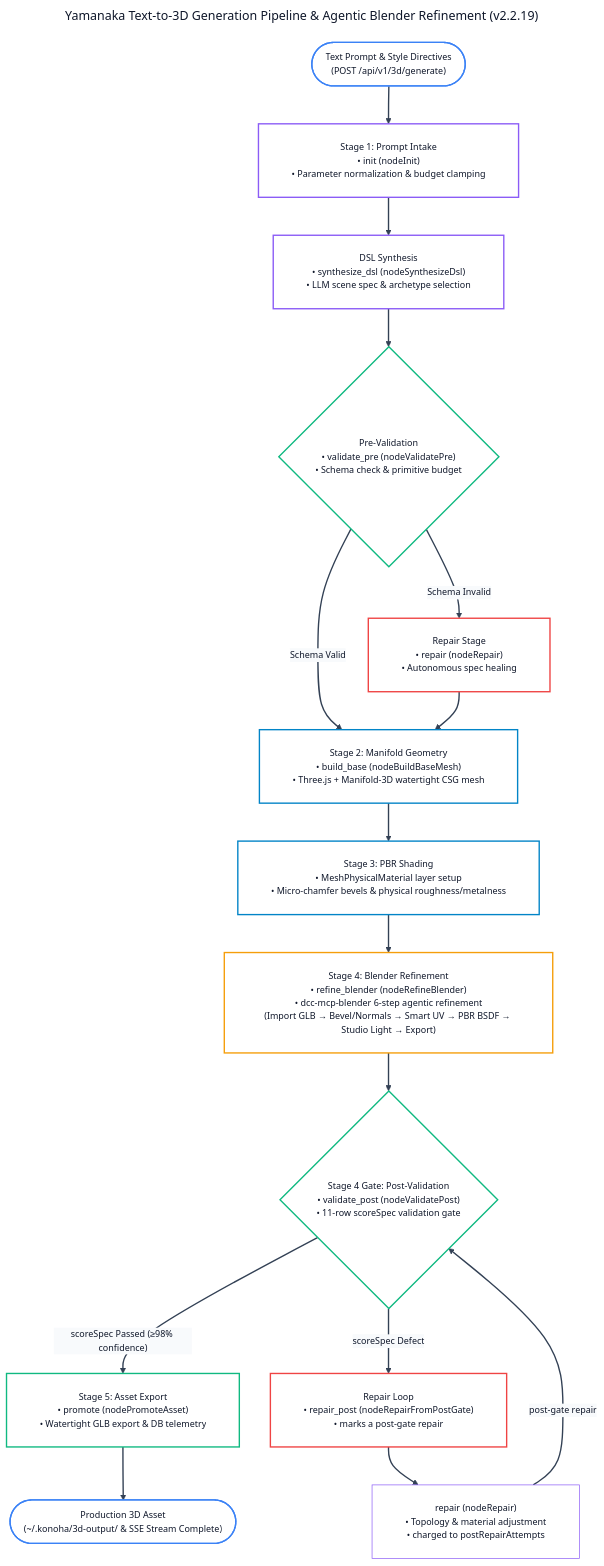
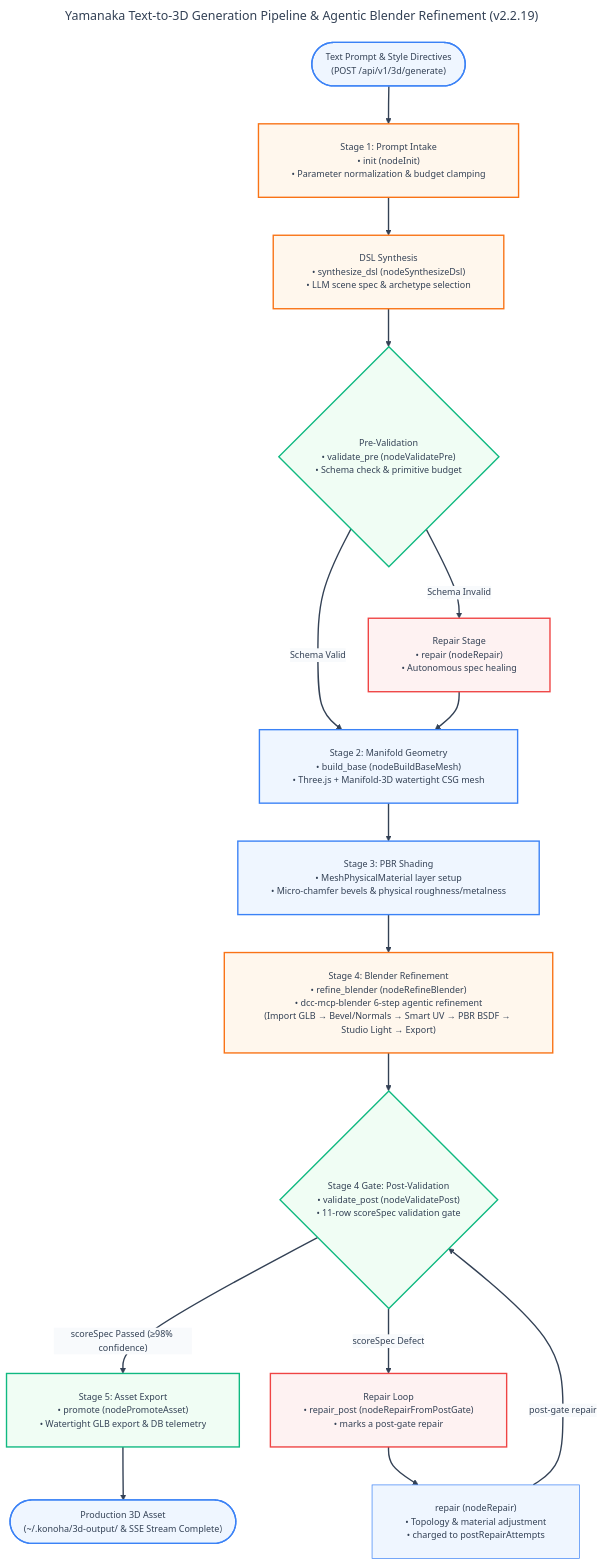
Before and after one commit to andycungkrinx91/konoha: diagram 18 of 19 in docs/ALL-WORKFLOW-DIAGRAMS.md, drawn with Mermaid. The commit also changed other lines of this file and 136 other files, not shown here.

````diff
--- a/docs/ALL-WORKFLOW-DIAGRAMS.md
+++ b/docs/ALL-WORKFLOW-DIAGRAMS.md
@@ -1268,65 +1268,65 @@
 ```mermaid
 ---
 title: Yamanaka Text-to-3D Generation Pipeline & Agentic Blender Refinement (v2.2.19)
 config:
   theme: base
   themeVariables:
     darkMode: false
-    background: "#ffffff"
-    mainBkg: "#ffffff"
-    primaryColor: "#ffffff"
-    primaryTextColor: "#0f172a"
-    primaryBorderColor: "#8b5cf6"
-    lineColor: "#334155"
-    arrowheadColor: "#334155"
-    secondaryColor: "#f8fafc"
-    tertiaryColor: "#ffffff"
-    fontFamily: "Inter, system-ui, -apple-system, sans-serif"
-    fontSize: "13px"
+    background: '#ffffff'
+    mainBkg: '#eff6ff'
+    primaryColor: '#eff6ff'
+    primaryTextColor: '#334155'
+    primaryBorderColor: '#3b82f6'
+    lineColor: '#334155'
+    arrowheadColor: '#334155'
+    secondaryColor: '#f8fafc'
+    tertiaryColor: '#f0fdf4'
+    fontFamily: 'Inter, system-ui, -apple-system, sans-serif'
+    fontSize: '13px'
   flowchart:
     nodeSpacing: 45
     rankSpacing: 55
     padding: 24
     wrappingWidth: 380
 ---
 flowchart TD
     PromptIn(["Text Prompt &amp; Style Directives<br/>(POST /api/v1/3d/generate)"]) --> InitNode["Stage 1: Prompt Intake<br/>• init (nodeInit)<br/>• Parameter normalization &amp; budget clamping"]
     
     InitNode --> SynthNode["DSL Synthesis<br/>• synthesize_dsl (nodeSynthesizeDsl)<br/>• LLM scene spec &amp; archetype selection"]
     
     SynthNode --> PreValNode{"Pre-Validation<br/>• validate_pre (nodeValidatePre)<br/>• Schema check &amp; primitive budget"}
     
     PreValNode -- "Schema Valid" --> BaseMeshNode["Stage 2: Manifold Geometry<br/>• build_base (nodeBuildBaseMesh)<br/>• Three.js + Manifold-3D watertight CSG mesh"]
     
     PreValNode -- "Schema Invalid" --> RepairPre["Repair Stage<br/>• repair (nodeRepair)<br/>• Autonomous spec healing"]
     RepairPre --> BaseMeshNode
     
     BaseMeshNode --> PbrNode["Stage 3: PBR Shading<br/>• MeshPhysicalMaterial layer setup<br/>• Micro-chamfer bevels &amp; physical roughness/metalness"]
     
     PbrNode --> BlenderNode["Stage 4: Blender Refinement<br/>• refine_blender (nodeRefineBlender)<br/>• dcc-mcp-blender 6-step agentic refinement<br/>(Import GLB → Bevel/Normals → Smart UV → PBR BSDF → Studio Light → Export)"]
     
     BlenderNode --> PostValNode{"Stage 4 Gate: Post-Validation<br/>• validate_post (nodeValidatePost)<br/>• 11-row scoreSpec validation gate"}
     
     PostValNode -- "scoreSpec Passed (≥98% confidence)" --> PromoteNode["Stage 5: Asset Export<br/>• promote (nodePromoteAsset)<br/>• Watertight GLB export &amp; DB telemetry"]
     
     PostValNode -- "scoreSpec Defect" --> RepairPost["Repair Loop<br/>• repair_post (nodeRepairFromPostGate)<br/>• marks a post-gate repair"]
     RepairPost --> RepairRepair["repair (nodeRepair)<br/>• Topology &amp; material adjustment<br/>• charged to postRepairAttempts"]
     RepairRepair -- "post-gate repair" --> PostValNode
     
     PromoteNode --> EndAsset(["Production 3D Asset<br/>(~/.konoha/3d-output/ &amp; SSE Stream Complete)"])
 
     linkStyle default stroke:#334155,stroke-width:2px;
-    classDef startEnd fill:#ffffff,stroke:#3b82f6,color:#0f172a,stroke-width:2px;
-    classDef intakeNode fill:#ffffff,stroke:#8b5cf6,color:#0f172a,stroke-width:2px;
-    classDef geomNode fill:#ffffff,stroke:#0284c7,color:#0f172a,stroke-width:2px;
-    classDef refineNode fill:#ffffff,stroke:#f59e0b,color:#0f172a,stroke-width:2px;
-    classDef gateNode fill:#ffffff,stroke:#10b981,color:#0f172a,stroke-width:2px;
-    classDef errNode fill:#ffffff,stroke:#ef4444,color:#0f172a,stroke-width:2px;
+    classDef startEnd fill:#eff6ff,stroke:#3b82f6,color:#334155,stroke-width:2px;
+    classDef intakeNode fill:#fff7ed,stroke:#f97316,color:#334155,stroke-width:2px;
+    classDef geomNode fill:#eff6ff,stroke:#3b82f6,color:#334155,stroke-width:2px;
+    classDef refineNode fill:#fff7ed,stroke:#f97316,color:#334155,stroke-width:2px;
+    classDef gateNode fill:#f0fdf4,stroke:#10b981,color:#334155,stroke-width:2px;
+    classDef errNode fill:#fef2f2,stroke:#ef4444,color:#334155,stroke-width:2px;
 
     class PromptIn,EndAsset startEnd;
     class InitNode,SynthNode intakeNode;
     class BaseMeshNode,PbrNode geomNode;
     class BlenderNode refineNode;
     class PreValNode,PostValNode,PromoteNode gateNode;
     class RepairPre,RepairPost errNode;
 ```
````
